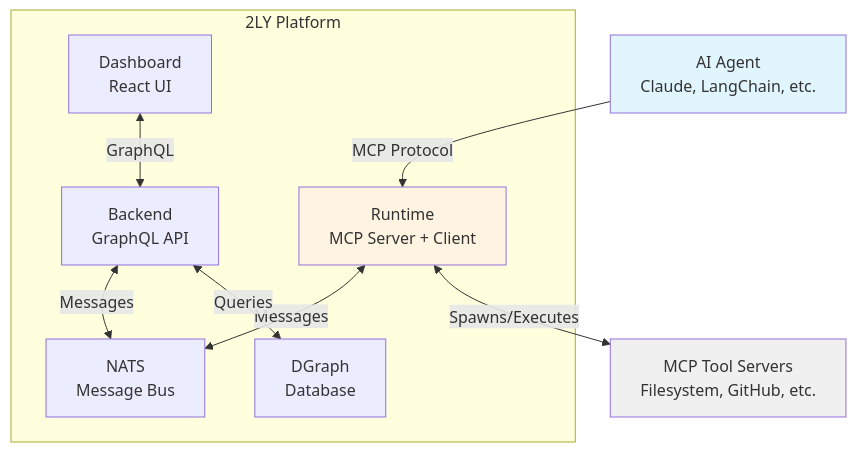
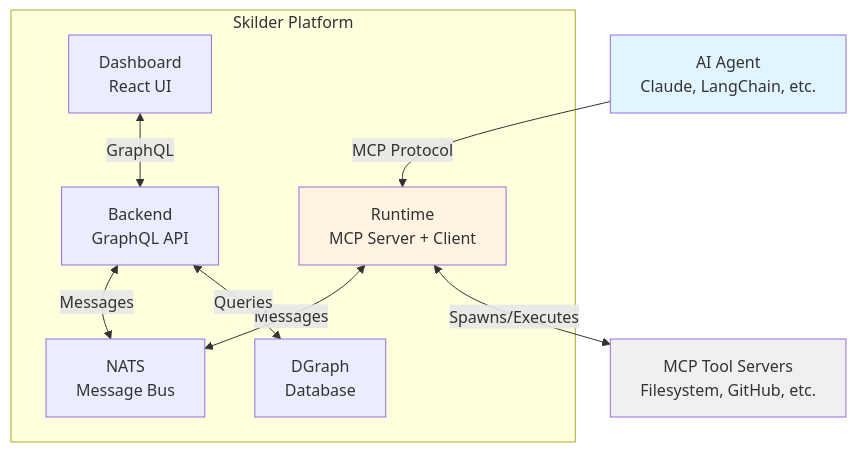
One commit to AlpinAI/2ly changed the diagram in packages/doc/content/docs/core-concepts/architecture.mdx. Above: the diagram before and after it, drawn with Mermaid. The commit also changed other lines of this file and 280 other files, not shown here.

````diff
--- a/packages/doc/content/docs/core-concepts/architecture.mdx
+++ b/packages/doc/content/docs/core-concepts/architecture.mdx
@@ -11,25 +11,25 @@
 ```mermaid
 graph TB
     Agent[AI Agent<br/>Claude, LangChain, etc.]
 
-    subgraph "2LY Platform"
+    subgraph "Skilder Platform"
         Runtime[Runtime<br/>MCP Server + Client]
         Backend[Backend<br/>GraphQL API]
         NATS[NATS<br/>Message Bus]
         DB[DGraph<br/>Database]
         Dashboard[Dashboard<br/>React UI]
     end
 
     Tools[MCP Tool Servers<br/>Filesystem, GitHub, etc.]
 
     Agent -->|MCP Protocol| Runtime
     Runtime <-->|Messages| NATS
     Backend <-->|Messages| NATS
     Backend <-->|Queries| DB
     Dashboard <-->|GraphQL| Backend
     Runtime <-->|Spawns/Executes| Tools
 
     style Agent fill:#e1f5ff
     style Runtime fill:#fff4e1
     style Tools fill:#f0f0f0
 ```
````
